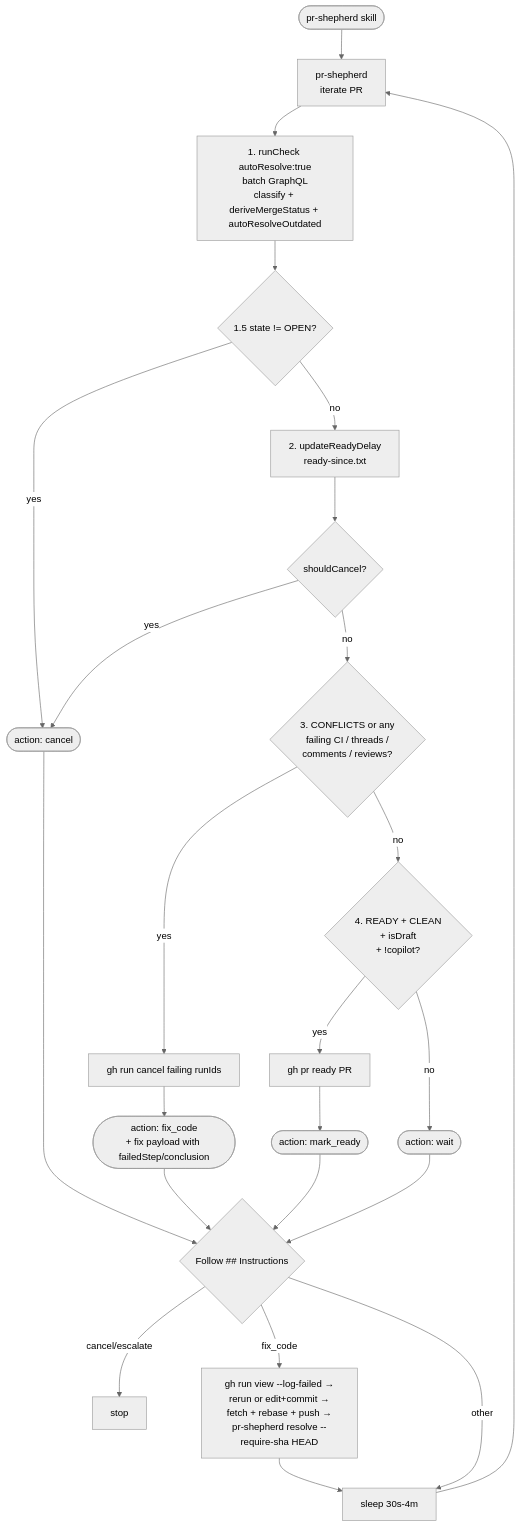
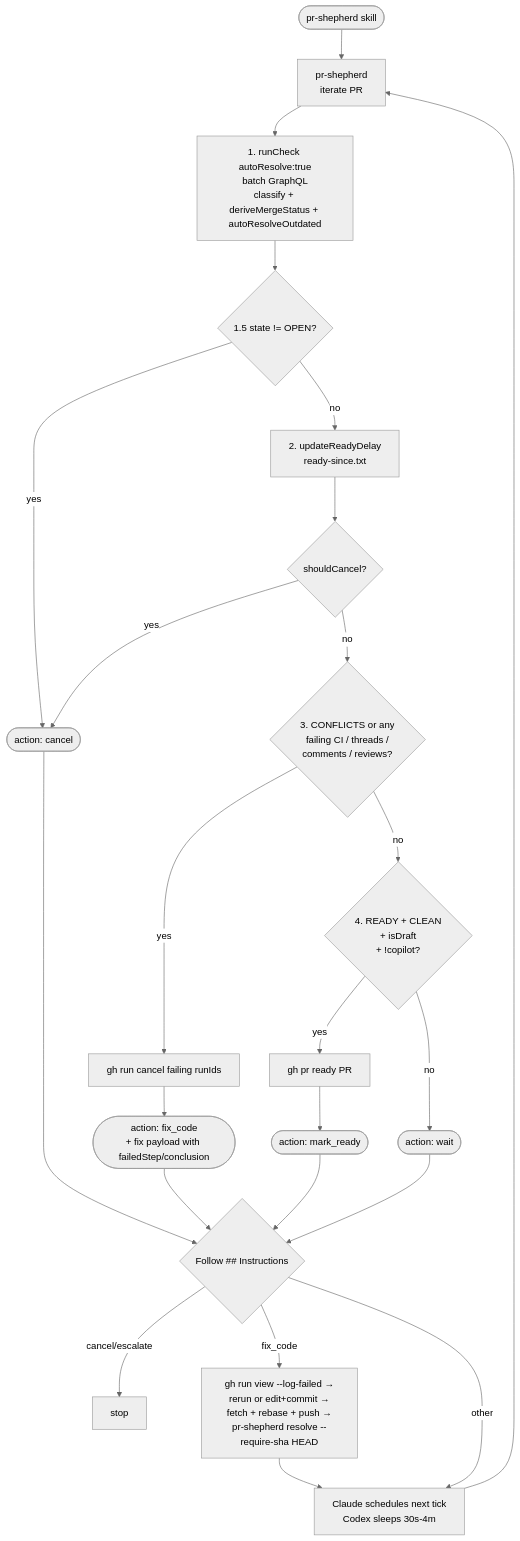
The diagram in docs/flow.md (jonathanong/pr-shepherd), drawn with Mermaid (neutral theme) before and after one commit. The commit also changed 13 other files, not shown here.

````diff
--- a/docs/flow.md
+++ b/docs/flow.md
@@ -3,30 +3,30 @@
 ```mermaid
 flowchart TD
   U(["pr-shepherd skill"]) --> ITER[pr-shepherd<br/>iterate PR]
 
   ITER --> S1[1. runCheck autoResolve:true<br/>batch GraphQL<br/>classify + deriveMergeStatus + autoResolveOutdated]
 
   S1 --> S15{1.5 state != OPEN?}
   S15 -->|yes| A_CAN([action: cancel])
   S15 -->|no| S2[2. updateReadyDelay<br/>ready-since.txt]
   S2 --> S2C{shouldCancel?}
   S2C -->|yes| A_CAN
   S2C -->|no| S3{3. CONFLICTS or any<br/>failing CI / threads /<br/>comments / reviews?}
   S3 -->|yes| S3X[gh run cancel failing runIds]
   S3X --> A_FIX([action: fix_code<br/>+ fix payload with failedStep/conclusion])
   S3 -->|no| S4{4. READY + CLEAN<br/>+ isDraft<br/>+ !copilot?}
   S4 -->|yes| S4X[gh pr ready PR]
   S4X --> A_MR([action: mark_ready])
   S4 -->|no| A_W([action: wait])
 
   A_CAN --> DEC{Follow ## Instructions}
   A_FIX --> DEC
   A_MR --> DEC
   A_W --> DEC
 
   DEC -->|cancel/escalate| STOP["stop"]
   DEC -->|fix_code| FIX[gh run view --log-failed →<br/>rerun or edit+commit →<br/>fetch + rebase + push →<br/>pr-shepherd resolve --require-sha HEAD]
-  FIX --> SLEEP[sleep 30s-4m]
+  FIX --> SLEEP[Claude schedules next tick<br/>Codex sleeps 30s-4m]
   DEC -->|other| SLEEP
   SLEEP --> ITER
 ```
````
